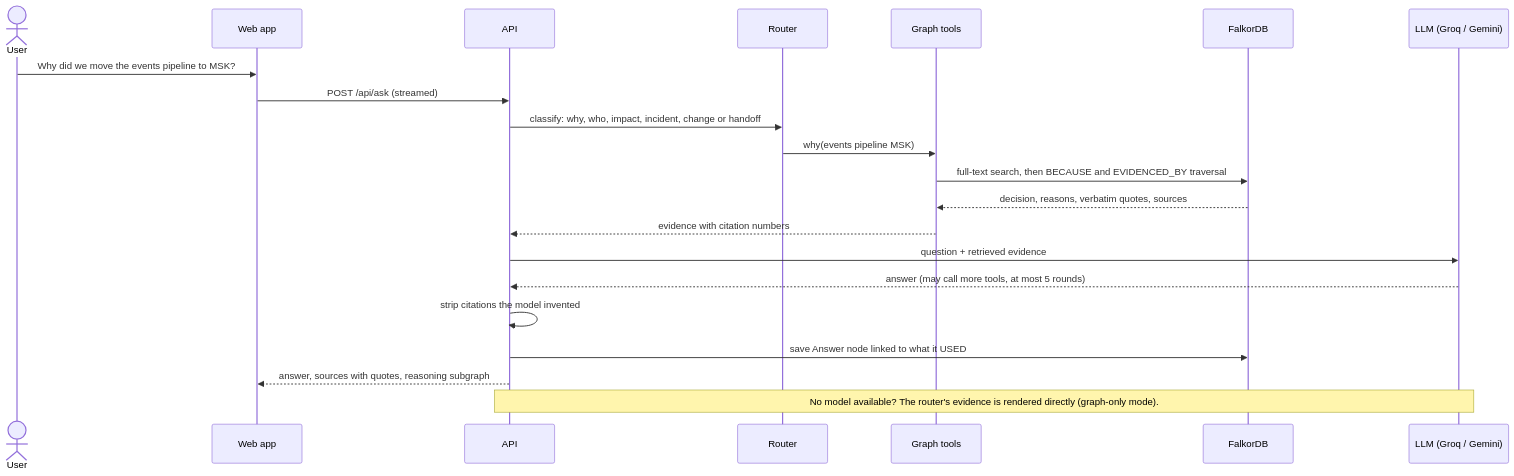
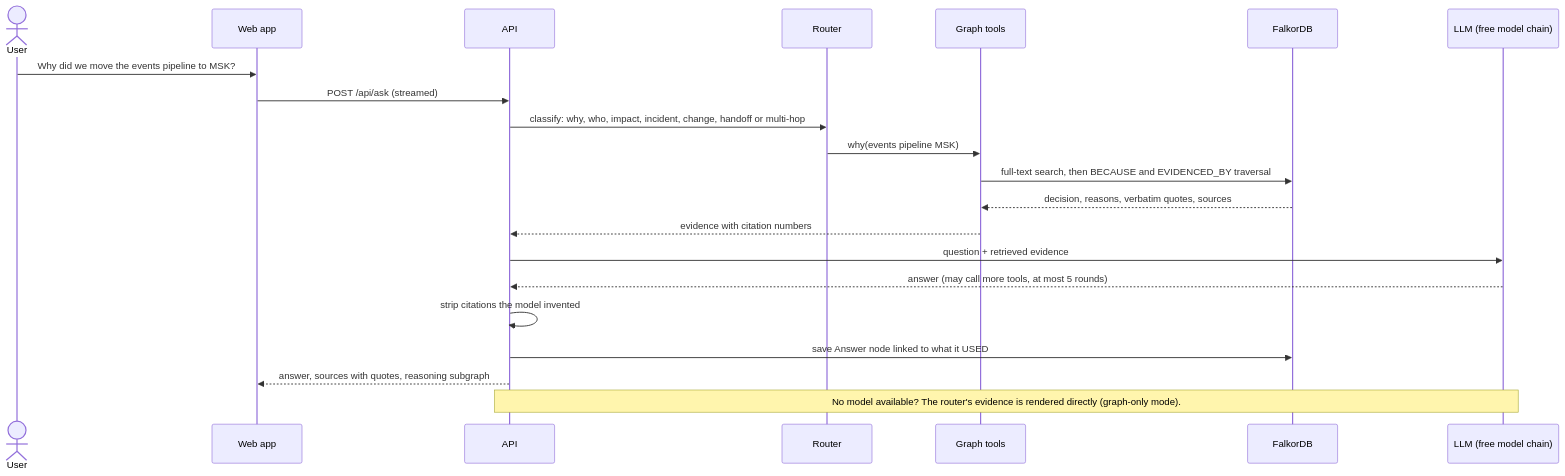
One commit to kh-bikash/cairn changed the second of 6 diagrams in README.md. Above: the diagram before and after it, drawn with Mermaid. The commit also changed other lines of this file, not shown here.

Commit message:
README: diagrams name the full free-model chain and the multi-hop routes

````diff
--- a/README.md
+++ b/README.md
@@ -147,23 +147,23 @@
 ```mermaid
 sequenceDiagram
     actor U as User
     participant W as Web app
     participant A as API
     participant R as Router
     participant T as Graph tools
     participant G as FalkorDB
-    participant L as LLM (Groq / Gemini)
+    participant L as LLM (free model chain)
     U->>W: Why did we move the events pipeline to MSK?
     W->>A: POST /api/ask (streamed)
-    A->>R: classify: why, who, impact, incident, change or handoff
+    A->>R: classify: why, who, impact, incident, change, handoff or multi-hop
     R->>T: why(events pipeline MSK)
     T->>G: full-text search, then BECAUSE and EVIDENCED_BY traversal
     G-->>T: decision, reasons, verbatim quotes, sources
     T-->>A: evidence with citation numbers
     A->>L: question + retrieved evidence
     L-->>A: answer (may call more tools, at most 5 rounds)
     A->>A: strip citations the model invented
     A->>G: save Answer node linked to what it USED
     A-->>W: answer, sources with quotes, reasoning subgraph
     Note over A,L: No model available? The router's evidence is rendered directly (graph-only mode).
 ```
````
